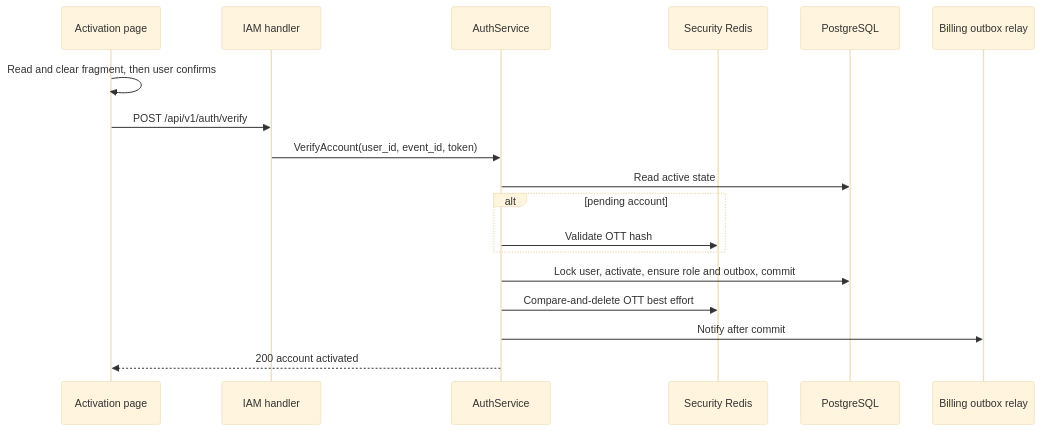
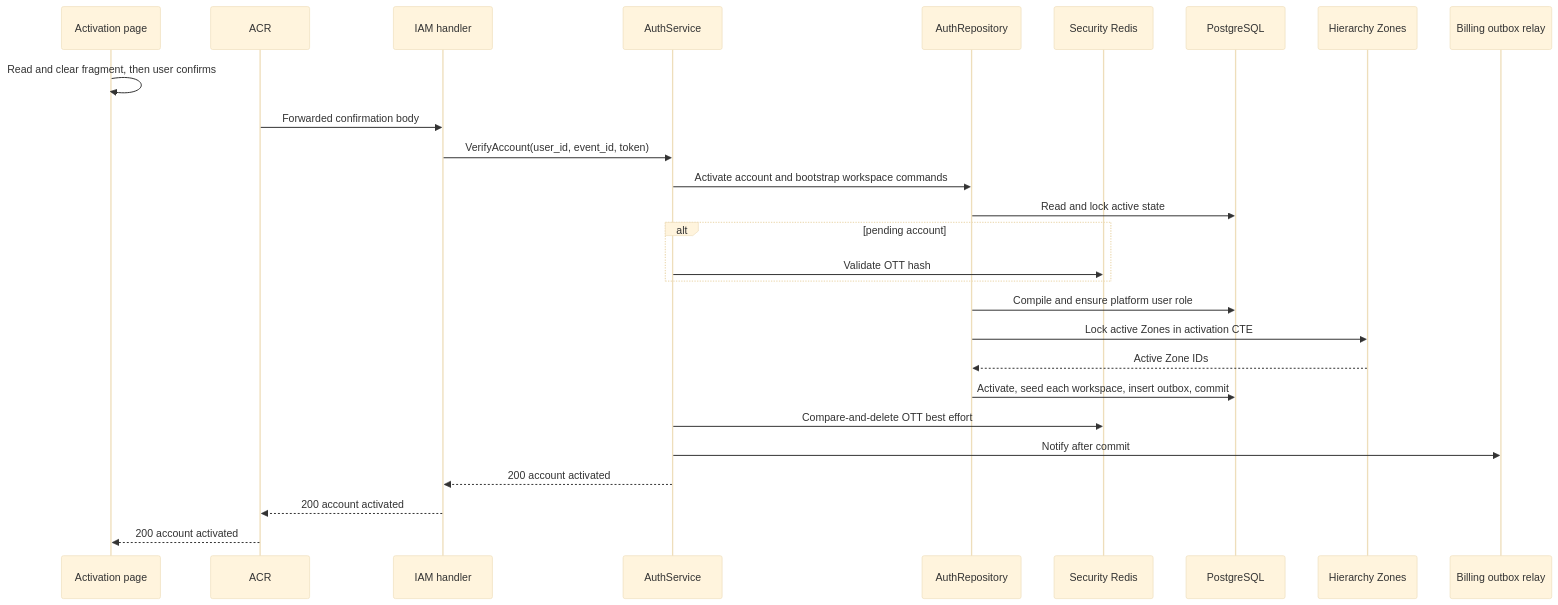
The third of 4 diagrams in god_view/iam/account_verification_god_view_workflow.md (phucle996/aurora), drawn with Mermaid (base theme) before and after one commit. The commit also changed other lines of this file and 165 other files, not shown here.

Commit message:
refactor: overhaul god view documentation and implement platform user workspace permissions management

````diff
--- a/god_view/iam/account_verification_god_view_workflow.md
+++ b/god_view/iam/account_verification_god_view_workflow.md
@@ -124,21 +188,30 @@
 ```mermaid
 sequenceDiagram
     participant UI as Activation page
+    participant A as ACR
     participant H as IAM handler
     participant S as AuthService
+    participant Repo as AuthRepository
     participant R as Security Redis
     participant DB as PostgreSQL
+    participant Z as Hierarchy Zones
     participant Relay as Billing outbox relay
 
     UI->>UI: Read and clear fragment, then user confirms
-    UI->>H: POST /api/v1/auth/verify
+    A->>H: Forwarded confirmation body
     H->>S: VerifyAccount(user_id, event_id, token)
-    S->>DB: Read active state
+    S->>Repo: Activate account and bootstrap workspace commands
+    Repo->>DB: Read and lock active state
     alt pending account
         S->>R: Validate OTT hash
     end
-    S->>DB: Lock user, activate, ensure role and outbox, commit
+    Repo->>DB: Compile and ensure platform user role
+    Repo->>Z: Lock active Zones in activation CTE
+    Z-->>Repo: Active Zone IDs
+    Repo->>DB: Activate, seed each workspace, insert outbox, commit
     S->>R: Compare-and-delete OTT best effort
     S->>Relay: Notify after commit
-    S-->>UI: 200 account activated
+    S-->>H: 200 account activated
+    H-->>A: 200 account activated
+    A-->>UI: 200 account activated
 ```
````
